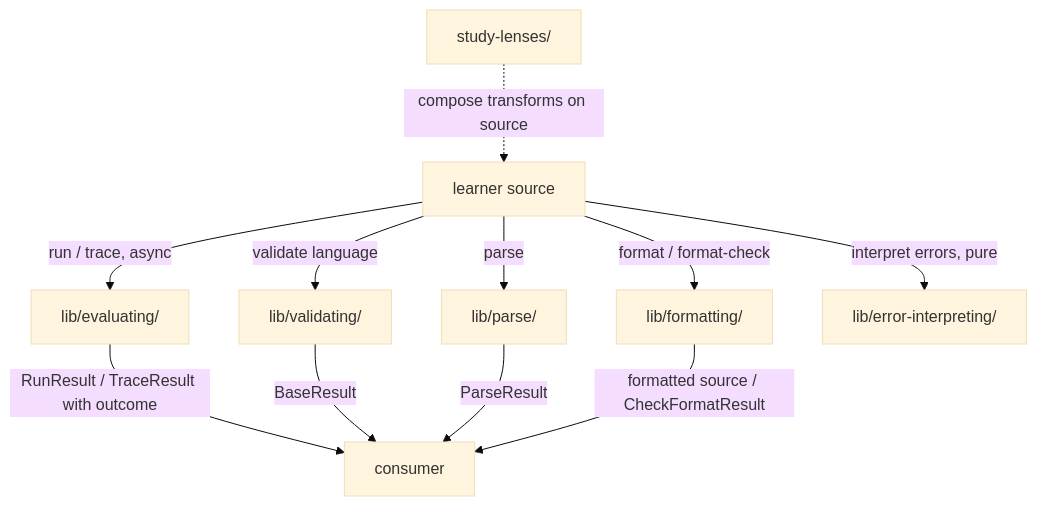
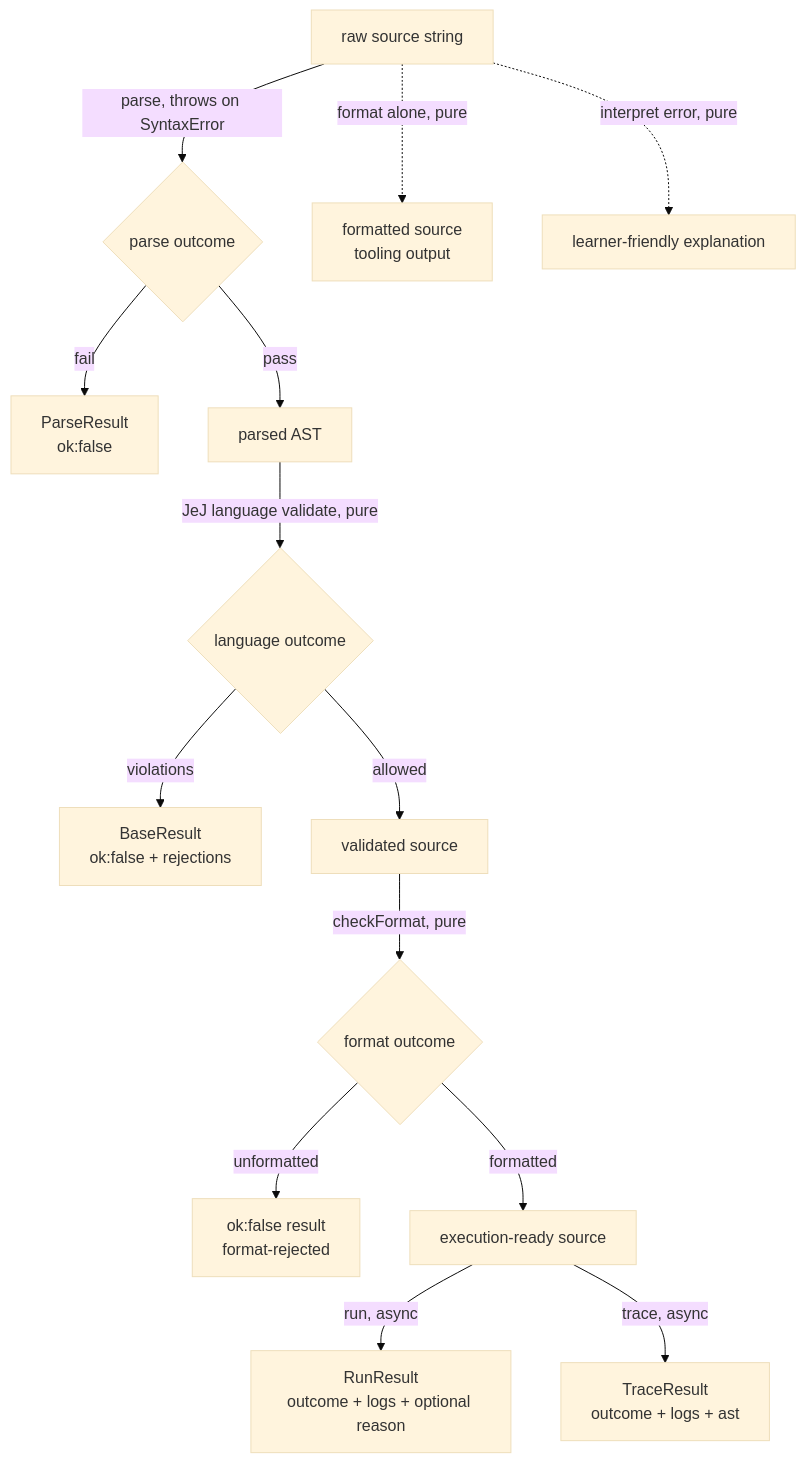
The diagram in src/lib/welcome-to-programming/just-enough/javascript/DOCS.md (codeschoolinabox/curricula), drawn with Mermaid (base theme) before and after one commit. The commit also changed other lines of this file and 5 other files, not shown here.

First line of the commit message:
docs: rewrite Mermaid diagrams as data flows (not import graphs)

````diff
--- a/src/lib/welcome-to-programming/just-enough/javascript/DOCS.md
+++ b/src/lib/welcome-to-programming/just-enough/javascript/DOCS.md
@@ -10,13 +8,16 @@
 ```mermaid
 flowchart TD
-    S[learner source] -->|parse| P[lib/parse/]
-    S -->|validate language| V[lib/validating/]
-    S -->|format / format-check| F[lib/formatting/]
-    S -->|run / trace, async| E[lib/evaluating/]
-    S -->|interpret errors, pure| I[lib/error-interpreting/]
-    E -->|RunResult / TraceResult with outcome| C[consumer]
-    V -->|BaseResult| C
-    P -->|ParseResult| C
-    F -->|formatted source / CheckFormatResult| C
-    SL[study-lenses/] -.->|compose transforms on source| S
+    A[raw source string] -->|parse, throws on SyntaxError| B{parse outcome}
+    B -->|fail| RP[ParseResult<br/>ok:false]
+    B -->|pass| C[parsed AST]
+    C -->|JeJ language validate, pure| D{language outcome}
+    D -->|violations| RV[BaseResult<br/>ok:false + rejections]
+    D -->|allowed| E[validated source]
+    E -->|checkFormat, pure| F{format outcome}
+    F -->|unformatted| RF[ok:false result<br/>format-rejected]
+    F -->|formatted| G[execution-ready source]
+    G -->|run, async| H[RunResult<br/>outcome + logs + optional reason]
+    G -->|trace, async| I[TraceResult<br/>outcome + logs + ast]
+    A -.->|format alone, pure| FM[formatted source<br/>tooling output]
+    A -.->|interpret error, pure| EI[learner-friendly explanation]
 ```
````
